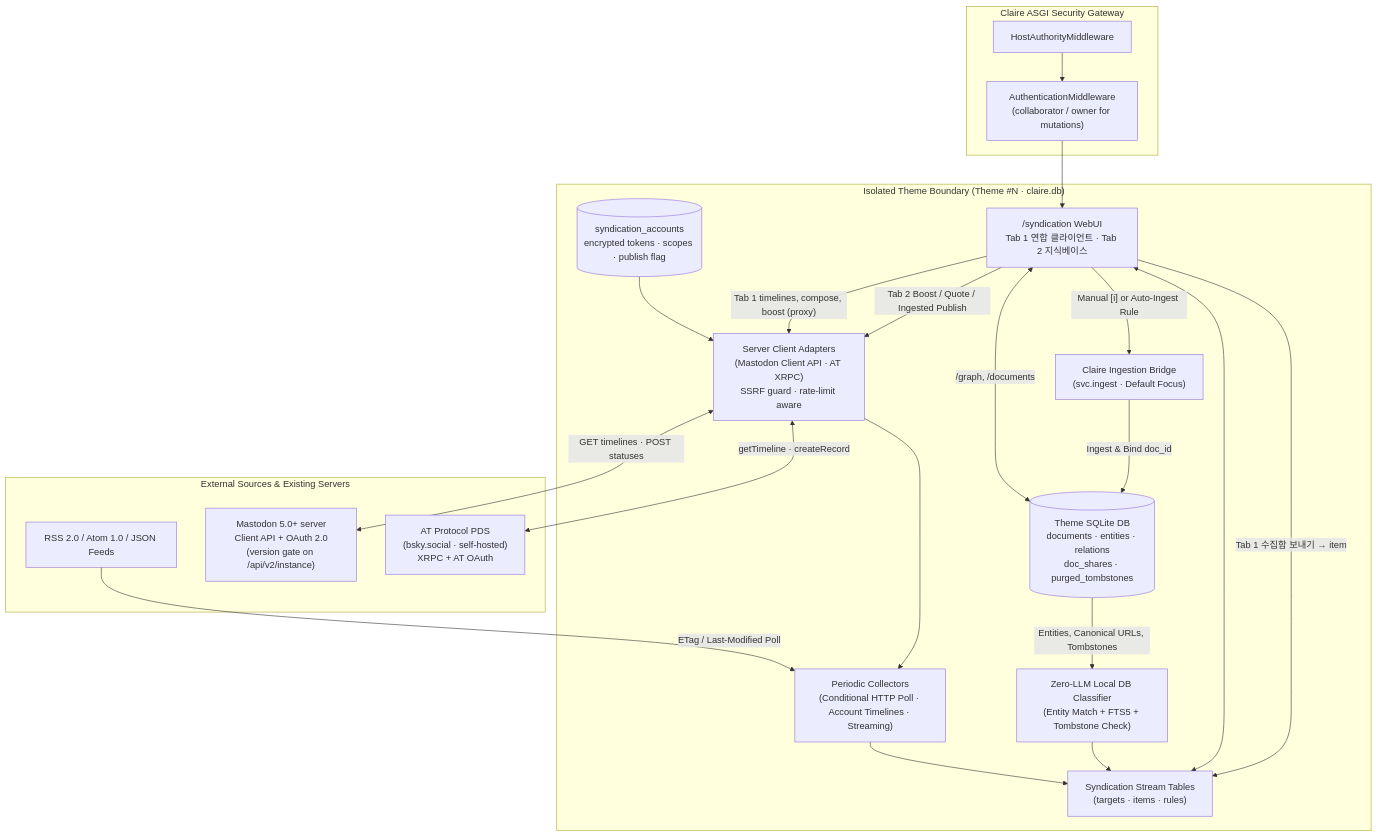
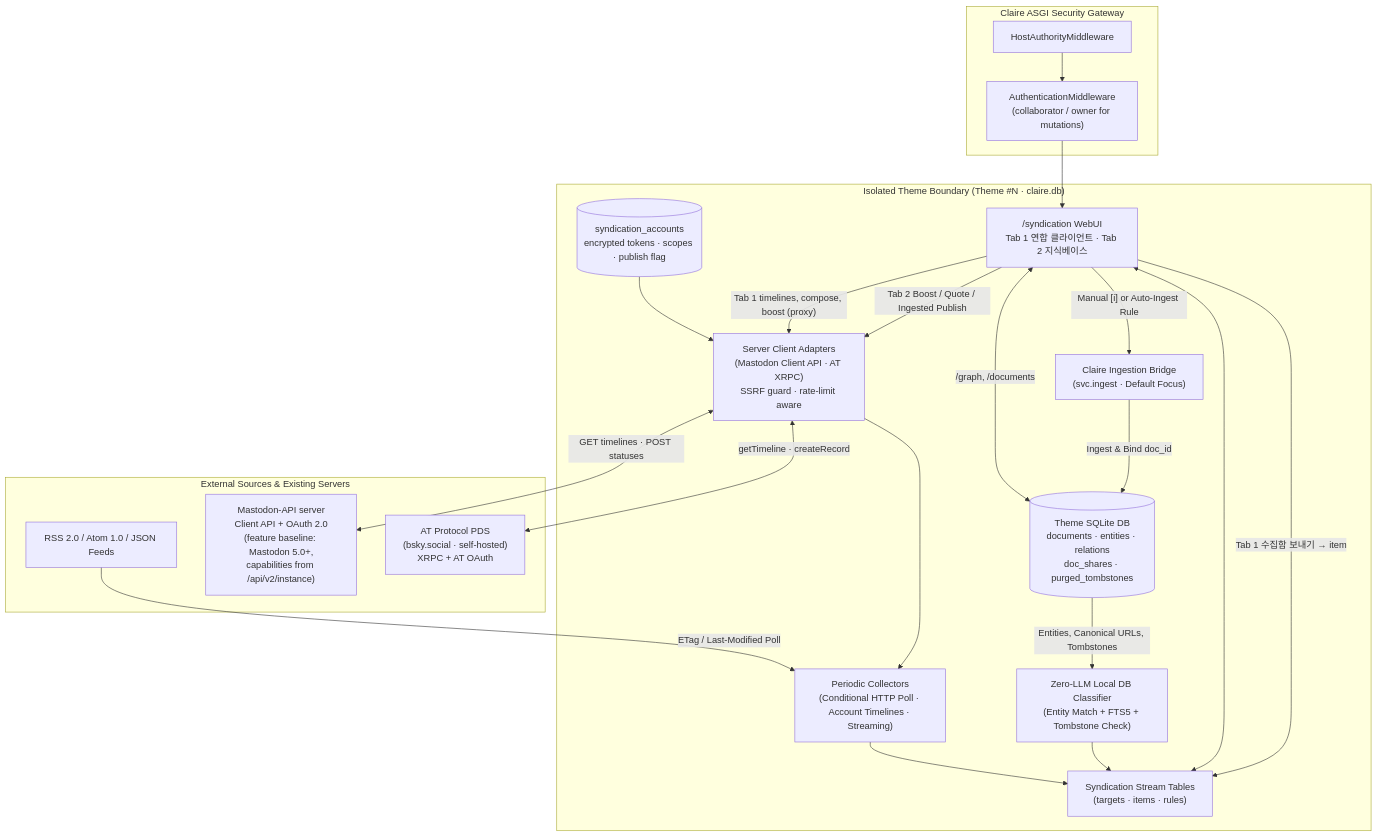
The diagram in docs/design/SYNDICATION_ENDPOINT_DESIGN.md (fofwisdom/claire-bible), drawn with Mermaid before and after one commit. The commit also changed other lines of this file and 7 other files, not shown here.

````diff
--- a/docs/design/SYNDICATION_ENDPOINT_DESIGN.md
+++ b/docs/design/SYNDICATION_ENDPOINT_DESIGN.md
@@ -69,43 +69,43 @@
 ```mermaid
 flowchart TD
     subgraph External ["External Sources & Existing Servers"]
         RSS["RSS 2.0 / Atom 1.0 / JSON Feeds"]
-        APS["Mastodon 5.0+ server<br/>Client API + OAuth 2.0<br/>(version gate on /api/v2/instance)"]
+        APS["Mastodon-API server<br/>Client API + OAuth 2.0<br/>(feature baseline: Mastodon 5.0+,<br/>capabilities from /api/v2/instance)"]
         PDS["AT Protocol PDS<br/>(bsky.social · self-hosted)<br/>XRPC + AT OAuth"]
     end
 
     subgraph Security_Gate ["Claire ASGI Security Gateway"]
         HostAuth["HostAuthorityMiddleware"]
         AuthGate["AuthenticationMiddleware<br/>(collaborator / owner for mutations)"]
     end
 
     subgraph Theme_Workspace ["Isolated Theme Boundary (Theme #N · claire.db)"]
         Accounts[("syndication_accounts<br/>encrypted tokens · scopes · publish flag")]
         Adapters["Server Client Adapters<br/>(Mastodon Client API · AT XRPC)<br/>SSRF guard · rate-limit aware"]
         Collectors["Periodic Collectors<br/>(Conditional HTTP Poll · Account Timelines · Streaming)"]
         StreamStore["Syndication Stream Tables<br/>(targets · items · rules)"]
         Classifier["Zero-LLM Local DB Classifier<br/>(Entity Match + FTS5 + Tombstone Check)"]
         IngestBridge["Claire Ingestion Bridge<br/>(svc.ingest · Default Focus)"]
         CoreDB[("Theme SQLite DB<br/>documents · entities · relations<br/>doc_shares · purged_tombstones")]
         UI["/syndication WebUI<br/>Tab 1 연합 클라이언트 · Tab 2 지식베이스"]
     end
 
     RSS -->|"ETag / Last-Modified Poll"| Collectors
     Accounts --> Adapters
     Adapters <-->|"GET timelines · POST statuses"| APS
     Adapters <-->|"getTimeline · createRecord"| PDS
     Adapters --> Collectors
     Collectors --> StreamStore
 
     CoreDB -->|"Entities, Canonical URLs, Tombstones"| Classifier
     Classifier --> StreamStore
 
     HostAuth --> AuthGate --> UI
     UI <--> StreamStore
     UI <-->|"/graph, /documents"| CoreDB
     UI -->|"Tab 1 timelines, compose, boost (proxy)"| Adapters
     UI -->|"Tab 1 수집함 보내기 → item"| StreamStore
     UI -->|"Manual [i] or Auto-Ingest Rule"| IngestBridge
     IngestBridge -->|"Ingest & Bind doc_id"| CoreDB
     UI -->|"Tab 2 Boost / Quote / Ingested Publish"| Adapters
 ```
````
